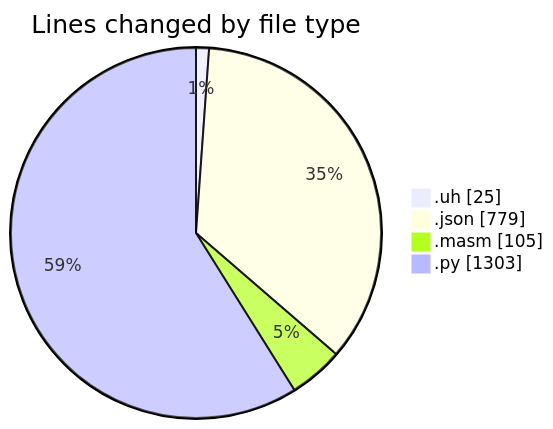
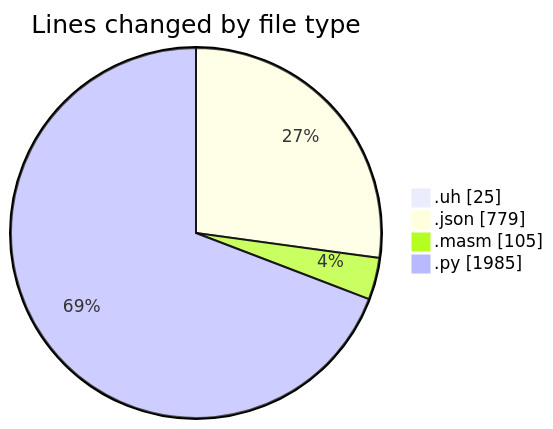
One commit to charlie-sans/code-tracking changed the first of 2 diagrams in 2025-04-30/uhigh-lang/README.md. Above: the diagram before and after it, drawn with Mermaid. The commit also changed other lines of this file and 1 other file, not shown here.

````diff
--- a/2025-04-30/uhigh-lang/README.md
+++ b/2025-04-30/uhigh-lang/README.md
@@ -26,8 +26,8 @@
 ```mermaid
 pie showData
 title Lines changed by file type
 ".uh" : 25
 ".json" : 779
 ".masm" : 105
-".py" : 1303
+".py" : 1985
 ```
````
